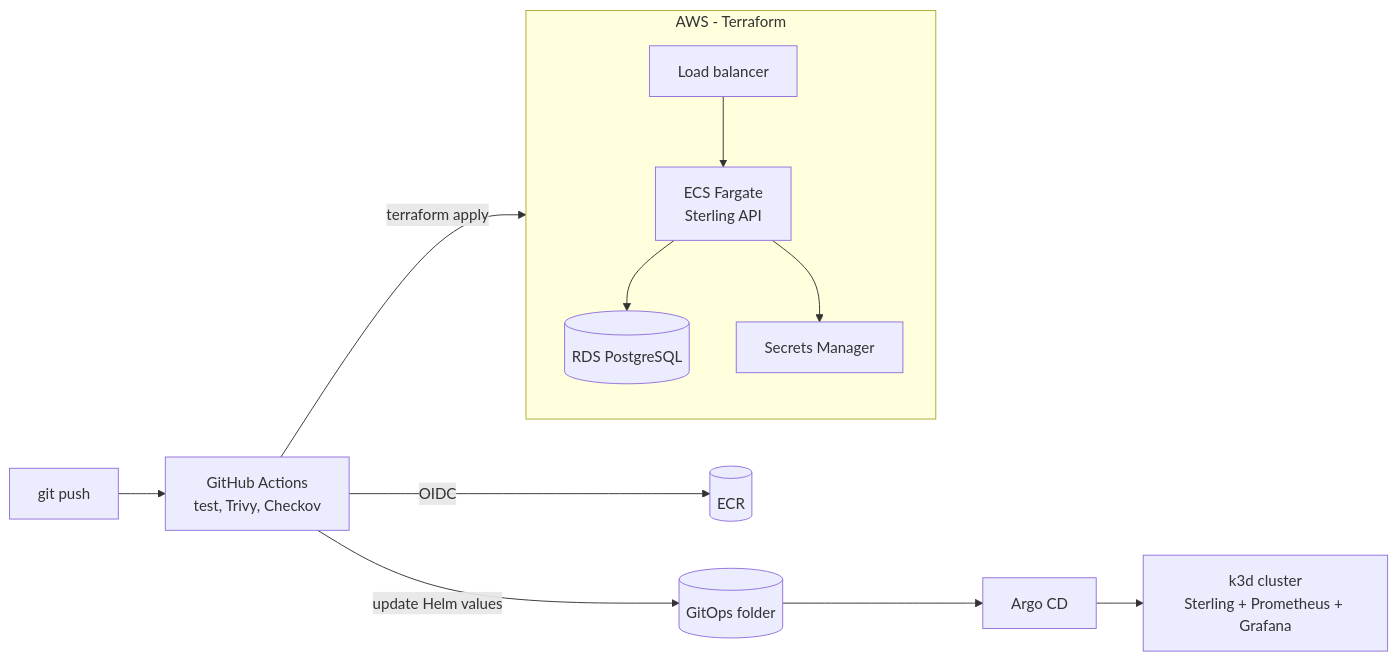
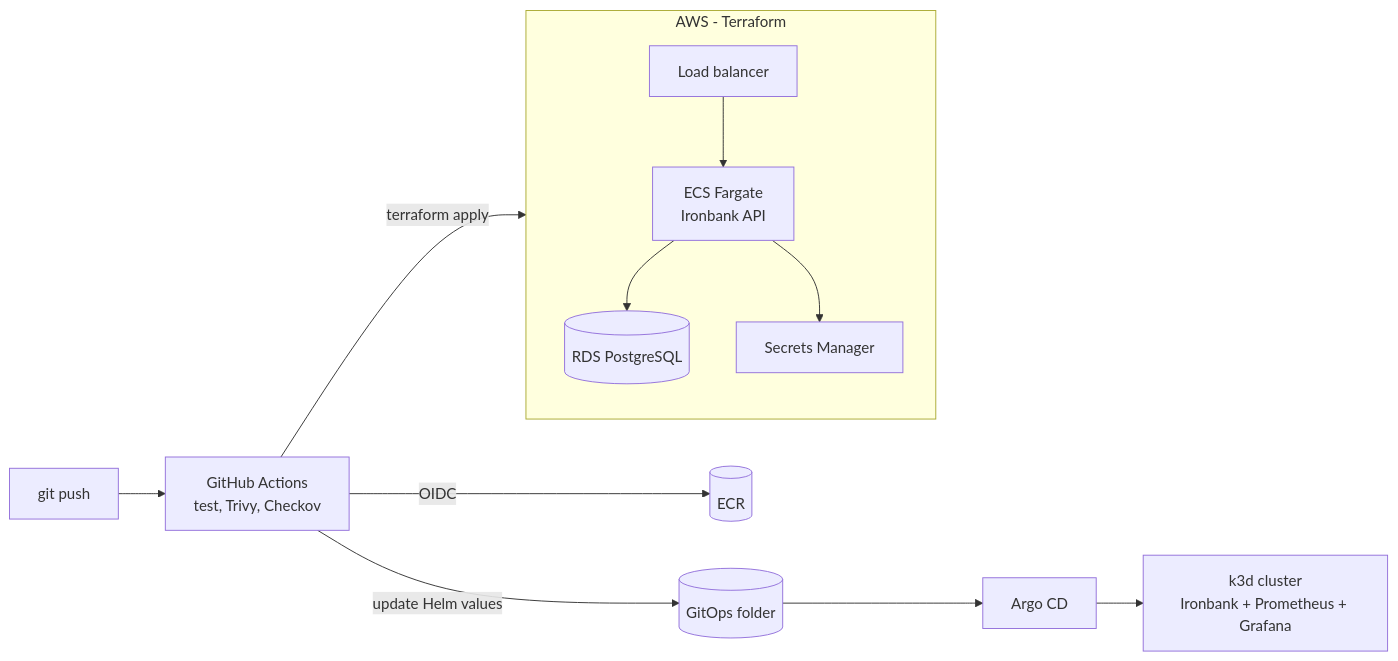
Before and after one commit to striderzz/CloudShip-DevOps: the diagram in README.md, drawn with Mermaid. The commit also changed other lines of this file and 1 other file, not shown here.

````diff
--- a/README.md
+++ b/README.md
@@ -28,13 +28,13 @@
 ```mermaid
 flowchart LR
     DEV[git push] --> GA[GitHub Actions<br/>test, Trivy, Checkov]
     GA -->|OIDC| ECR[(ECR)]
     GA -->|terraform apply| AWS
     subgraph AWS[AWS - Terraform]
-        ALB[Load balancer] --> ECS[ECS Fargate<br/>Sterling API]
+        ALB[Load balancer] --> ECS[ECS Fargate<br/>Ironbank API]
         ECS --> RDS[(RDS PostgreSQL)]
         ECS --> SM[Secrets Manager]
     end
     GA -->|update Helm values| GIT[(GitOps folder)]
-    GIT --> ARGO[Argo CD] --> K3D[k3d cluster<br/>Sterling + Prometheus + Grafana]
+    GIT --> ARGO[Argo CD] --> K3D[k3d cluster<br/>Ironbank + Prometheus + Grafana]
 ```
````
